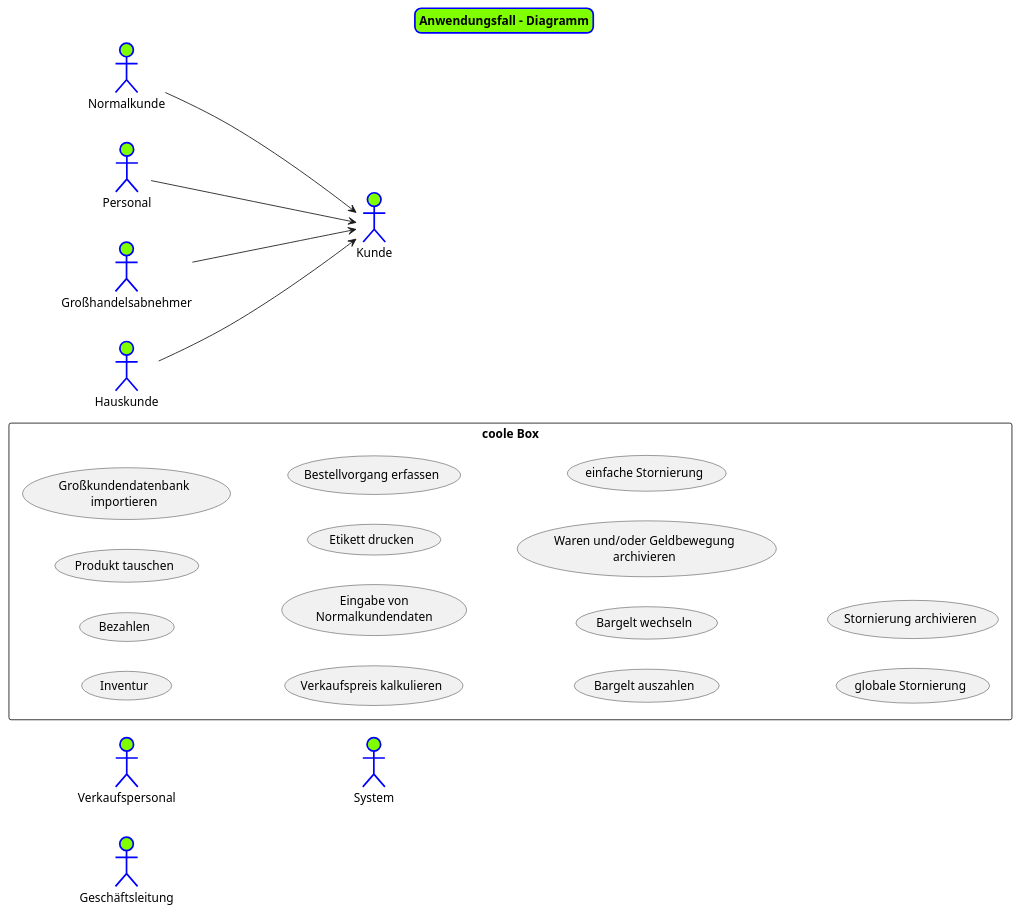
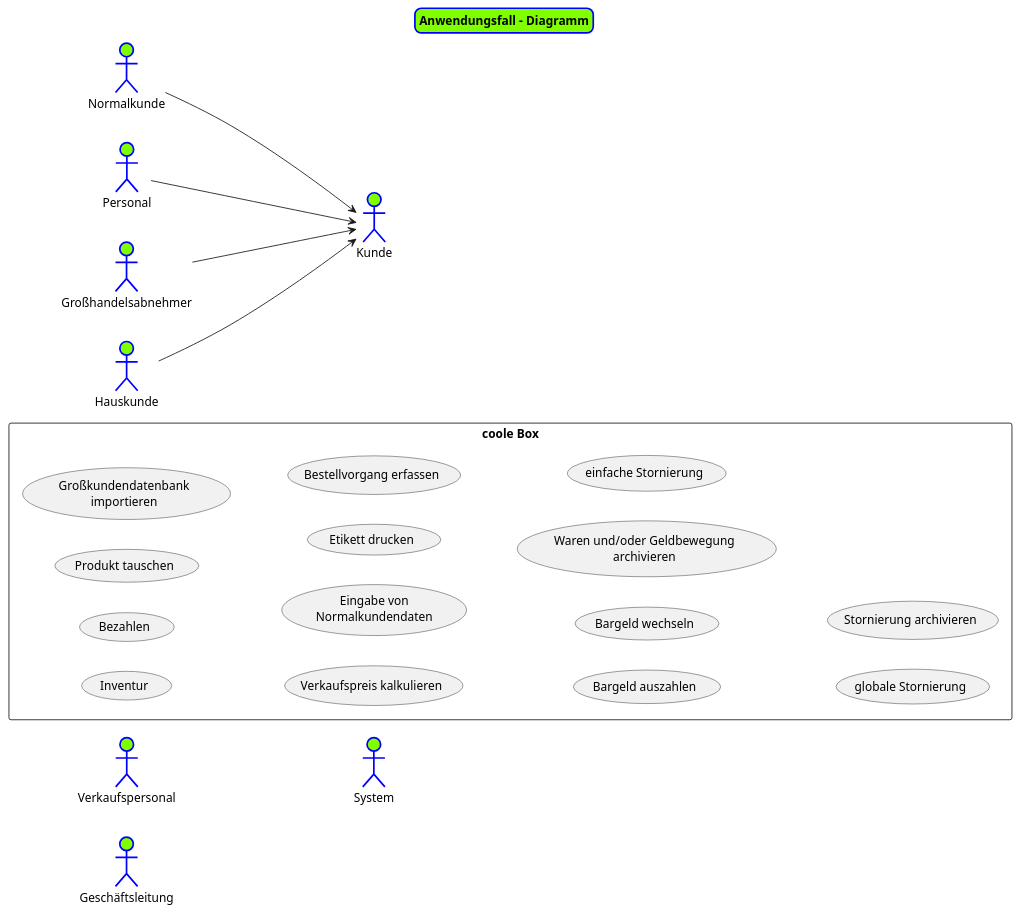
Before and after one commit to LimitlessGreen/swt18w43: the diagram in src/main/asciidoc/models/analysis/UseCase.puml, drawn with PlantUML. The commit also changed 1 other file, not shown here.

Commit message:
Fixed spelling for Bargeld

```diff
--- a/src/main/asciidoc/models/analysis/UseCase.puml
+++ b/src/main/asciidoc/models/analysis/UseCase.puml
@@ -1,53 +1,53 @@
 @startuml
 skinparam titleBorderRoundCorner 15
 skinparam titleBorderThickness 2
 skinparam titleBorderColor blue
 skinparam titleBackgroundColor Chartreuse
 
 title Anwendungsfall - Diagramm
 
 
 ' === Kunden === '
 :Kunde: as ku
 :Normalkunde: as nku
 :Personal: as pku
 :Großhandelsabnehmer: as gha
 :Hauskunde: as hku
 
 left to right direction
 nku --> ku
 pku --> ku
 gha --> ku
 hku --> ku
 
 
 ' === Personal === '
 :Verkaufspersonal: as vp
 :Geschäftsleitung: as gl
 
 ' === Sonstiges === '
 :System:
 
 ' === Y === '
 rectangle "coole Box"{
     (Inventur)
     (Bezahlen)
     '(Pfand auszahlen)
     (Produkt tauschen)
     (Großkundendatenbank\nimportieren)
     (Verkaufspreis kalkulieren)
     (Eingabe von\nNormalkundendaten)
     (Etikett drucken)
     (Bestellvorgang erfassen)
-    (Bargelt auszahlen)
-    (Bargelt wechseln)
+    (Bargeld auszahlen)
+    (Bargeld wechseln)
     (Waren und/oder Geldbewegung\narchivieren)
     (einfache Stornierung)
     (globale Stornierung)
     (Stornierung archivieren)
 
 
 
 }
 
 @enduml
```
